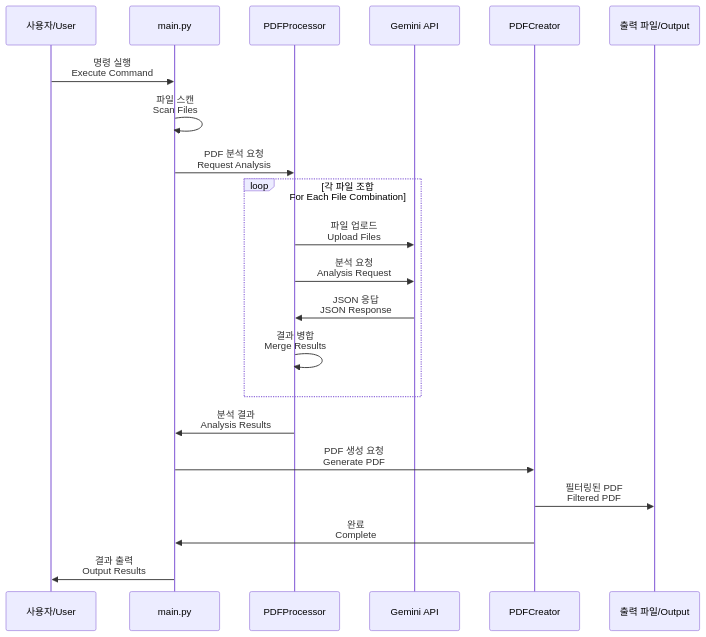
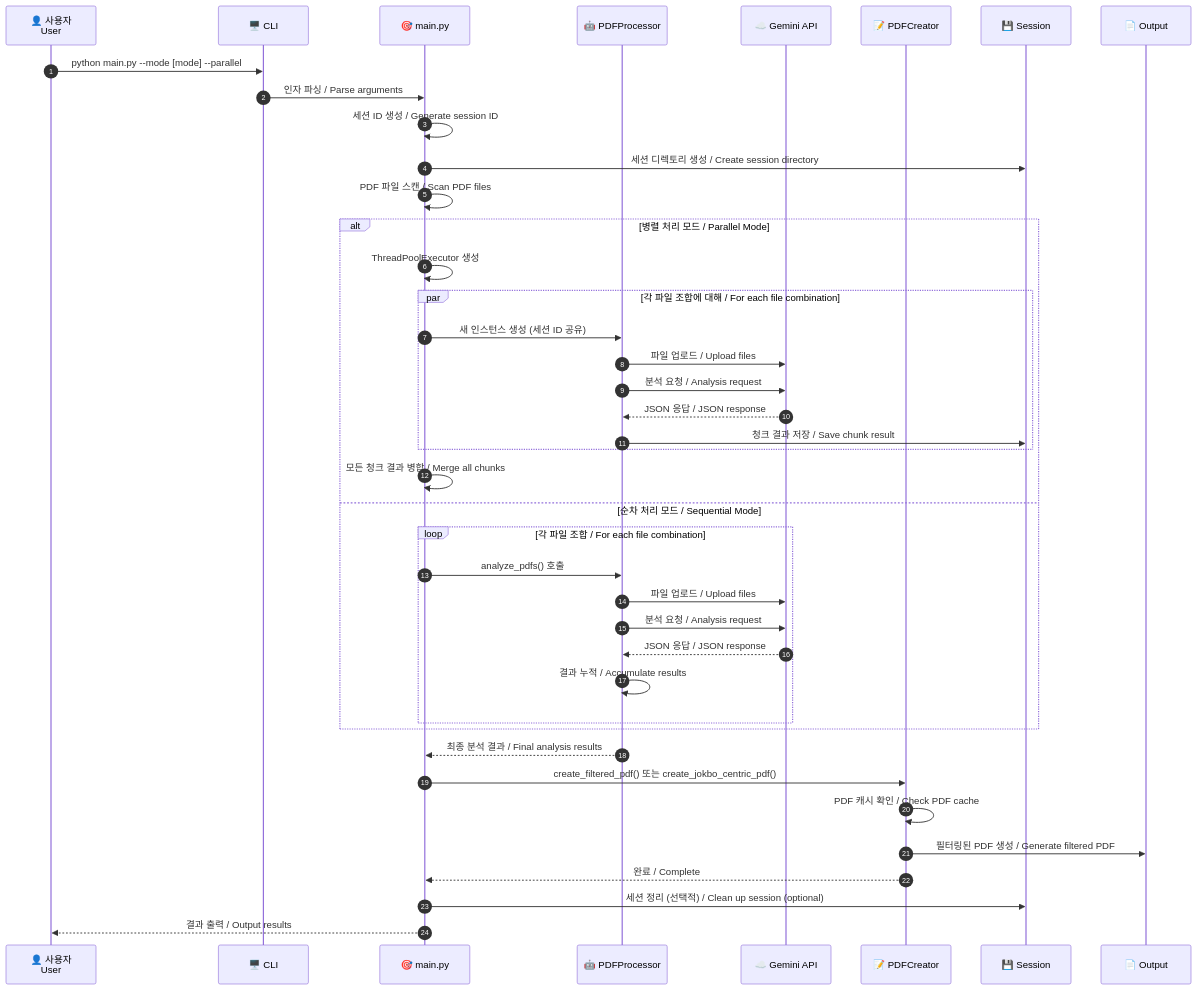
Before and after one commit to ksw6895/jokbodude: the fifth of 39 diagrams in architecture.md, drawn with Mermaid. The commit also changed other lines of this file, not shown here.

````diff
--- a/architecture.md
+++ b/architecture.md
@@ -134,26 +266,46 @@
 ```mermaid
 sequenceDiagram
-    participant User as 사용자/User
-    participant Main as main.py
-    participant Processor as PDFProcessor
-    participant Gemini as Gemini API
-    participant Creator as PDFCreator
-    participant Output as 출력 파일/Output
+    autonumber
+    participant User as 👤 사용자<br/>User
+    participant CLI as 🖥️ CLI
+    participant Main as 🎯 main.py
+    participant Processor as 🤖 PDFProcessor
+    participant Gemini as ☁️ Gemini API
+    participant Creator as 📝 PDFCreator
+    participant Session as 💾 Session
+    participant Output as 📄 Output
     
-    User->>Main: 명령 실행<br/>Execute Command
-    Main->>Main: 파일 스캔<br/>Scan Files
-    Main->>Processor: PDF 분석 요청<br/>Request Analysis
+    User->>CLI: python main.py --mode [mode] --parallel
+    CLI->>Main: 인자 파싱 / Parse arguments
+    Main->>Main: 세션 ID 생성 / Generate session ID
+    Main->>Session: 세션 디렉토리 생성 / Create session directory
+    Main->>Main: PDF 파일 스캔 / Scan PDF files
     
-    loop 각 파일 조합<br/>For Each File Combination
-        Processor->>Gemini: 파일 업로드<br/>Upload Files
-        Processor->>Gemini: 분석 요청<br/>Analysis Request
-        Gemini->>Processor: JSON 응답<br/>JSON Response
-        Processor->>Processor: 결과 병합<br/>Merge Results
+    alt 병렬 처리 모드 / Parallel Mode
+        Main->>Main: ThreadPoolExecutor 생성
+        par 각 파일 조합에 대해 / For each file combination
+            Main->>Processor: 새 인스턴스 생성 (세션 ID 공유)
+            Processor->>Gemini: 파일 업로드 / Upload files
+            Processor->>Gemini: 분석 요청 / Analysis request
+            Gemini-->>Processor: JSON 응답 / JSON response
+            Processor->>Session: 청크 결과 저장 / Save chunk result
+        end
+        Main->>Main: 모든 청크 결과 병합 / Merge all chunks
+    else 순차 처리 모드 / Sequential Mode
+        loop 각 파일 조합 / For each file combination
+            Main->>Processor: analyze_pdfs() 호출
+            Processor->>Gemini: 파일 업로드 / Upload files
+            Processor->>Gemini: 분석 요청 / Analysis request
+            Gemini-->>Processor: JSON 응답 / JSON response
+            Processor->>Processor: 결과 누적 / Accumulate results
+        end
     end
     
-    Processor->>Main: 분석 결과<br/>Analysis Results
-    Main->>Creator: PDF 생성 요청<br/>Generate PDF
-    Creator->>Output: 필터링된 PDF<br/>Filtered PDF
-    Creator->>Main: 완료<br/>Complete
-    Main->>User: 결과 출력<br/>Output Results
+    Processor-->>Main: 최종 분석 결과 / Final analysis results
+    Main->>Creator: create_filtered_pdf() 또는 create_jokbo_centric_pdf()
+    Creator->>Creator: PDF 캐시 확인 / Check PDF cache
+    Creator->>Output: 필터링된 PDF 생성 / Generate filtered PDF
+    Creator-->>Main: 완료 / Complete
+    Main->>Session: 세션 정리 (선택적) / Clean up session (optional)
+    Main-->>User: 결과 출력 / Output results
 ```
````
